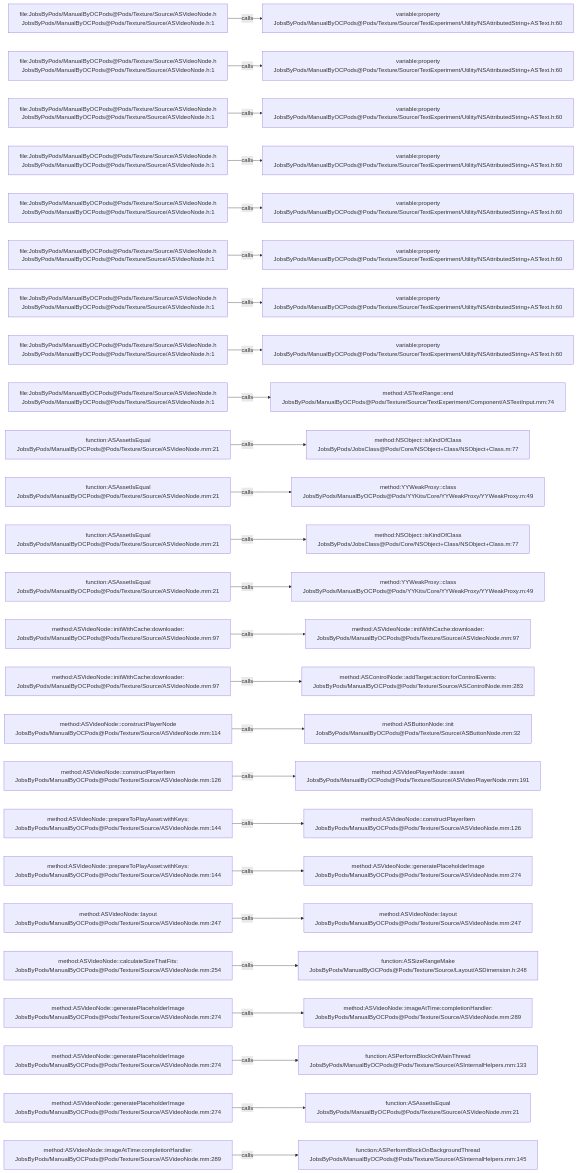
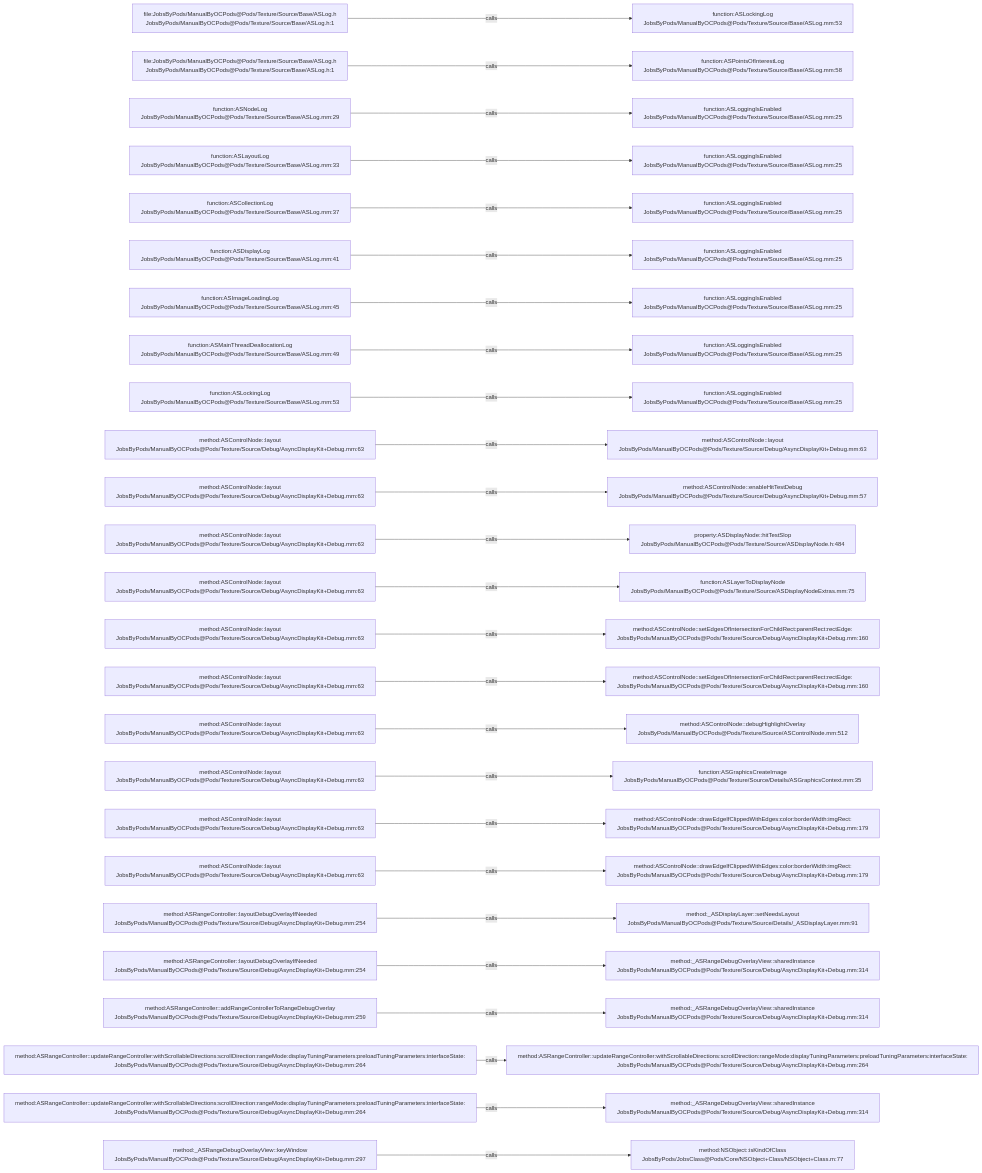
The diagram in .codegraph/codegraph.md/graphs/calls-150.md (JobsKits/JobsOCBaseConfigDemo), drawn with Mermaid before and after one commit. The commit also changed 1223 other files, not shown here.

````diff
--- a/.codegraph/codegraph.md/graphs/calls-150.md
+++ b/.codegraph/codegraph.md/graphs/calls-150.md
@@ -13,78 +13,78 @@
 ```mermaid
 flowchart LR
-  S1["file:JobsByPods/ManualByOCPods@Pods/Texture/Source/ASVideoNode.h<br/>JobsByPods/ManualByOCPods@Pods/Texture/Source/ASVideoNode.h:1"]
-  T1["variable:property<br/>JobsByPods/ManualByOCPods@Pods/Texture/Source/TextExperiment/Utility/NSAttributedString+ASText.h:60"]
+  S1["file:JobsByPods/ManualByOCPods@Pods/Texture/Source/Base/ASLog.h<br/>JobsByPods/ManualByOCPods@Pods/Texture/Source/Base/ASLog.h:1"]
+  T1["function:ASLockingLog<br/>JobsByPods/ManualByOCPods@Pods/Texture/Source/Base/ASLog.mm:53"]
   S1 -->|calls| T1
-  S2["file:JobsByPods/ManualByOCPods@Pods/Texture/Source/ASVideoNode.h<br/>JobsByPods/ManualByOCPods@Pods/Texture/Source/ASVideoNode.h:1"]
-  T2["variable:property<br/>JobsByPods/ManualByOCPods@Pods/Texture/Source/TextExperiment/Utility/NSAttributedString+ASText.h:60"]
+  S2["file:JobsByPods/ManualByOCPods@Pods/Texture/Source/Base/ASLog.h<br/>JobsByPods/ManualByOCPods@Pods/Texture/Source/Base/ASLog.h:1"]
+  T2["function:ASPointsOfInterestLog<br/>JobsByPods/ManualByOCPods@Pods/Texture/Source/Base/ASLog.mm:58"]
   S2 -->|calls| T2
-  S3["file:JobsByPods/ManualByOCPods@Pods/Texture/Source/ASVideoNode.h<br/>JobsByPods/ManualByOCPods@Pods/Texture/Source/ASVideoNode.h:1"]
-  T3["variable:property<br/>JobsByPods/ManualByOCPods@Pods/Texture/Source/TextExperiment/Utility/NSAttributedString+ASText.h:60"]
+  S3["function:ASNodeLog<br/>JobsByPods/ManualByOCPods@Pods/Texture/Source/Base/ASLog.mm:29"]
+  T3["function:ASLoggingIsEnabled<br/>JobsByPods/ManualByOCPods@Pods/Texture/Source/Base/ASLog.mm:25"]
   S3 -->|calls| T3
-  S4["file:JobsByPods/ManualByOCPods@Pods/Texture/Source/ASVideoNode.h<br/>JobsByPods/ManualByOCPods@Pods/Texture/Source/ASVideoNode.h:1"]
-  T4["variable:property<br/>JobsByPods/ManualByOCPods@Pods/Texture/Source/TextExperiment/Utility/NSAttributedString+ASText.h:60"]
+  S4["function:ASLayoutLog<br/>JobsByPods/ManualByOCPods@Pods/Texture/Source/Base/ASLog.mm:33"]
+  T4["function:ASLoggingIsEnabled<br/>JobsByPods/ManualByOCPods@Pods/Texture/Source/Base/ASLog.mm:25"]
   S4 -->|calls| T4
-  S5["file:JobsByPods/ManualByOCPods@Pods/Texture/Source/ASVideoNode.h<br/>JobsByPods/ManualByOCPods@Pods/Texture/Source/ASVideoNode.h:1"]
-  T5["variable:property<br/>JobsByPods/ManualByOCPods@Pods/Texture/Source/TextExperiment/Utility/NSAttributedString+ASText.h:60"]
+  S5["function:ASCollectionLog<br/>JobsByPods/ManualByOCPods@Pods/Texture/Source/Base/ASLog.mm:37"]
+  T5["function:ASLoggingIsEnabled<br/>JobsByPods/ManualByOCPods@Pods/Texture/Source/Base/ASLog.mm:25"]
   S5 -->|calls| T5
-  S6["file:JobsByPods/ManualByOCPods@Pods/Texture/Source/ASVideoNode.h<br/>JobsByPods/ManualByOCPods@Pods/Texture/Source/ASVideoNode.h:1"]
-  T6["variable:property<br/>JobsByPods/ManualByOCPods@Pods/Texture/Source/TextExperiment/Utility/NSAttributedString+ASText.h:60"]
+  S6["function:ASDisplayLog<br/>JobsByPods/ManualByOCPods@Pods/Texture/Source/Base/ASLog.mm:41"]
+  T6["function:ASLoggingIsEnabled<br/>JobsByPods/ManualByOCPods@Pods/Texture/Source/Base/ASLog.mm:25"]
   S6 -->|calls| T6
-  S7["file:JobsByPods/ManualByOCPods@Pods/Texture/Source/ASVideoNode.h<br/>JobsByPods/ManualByOCPods@Pods/Texture/Source/ASVideoNode.h:1"]
-  T7["variable:property<br/>JobsByPods/ManualByOCPods@Pods/Texture/Source/TextExperiment/Utility/NSAttributedString+ASText.h:60"]
+  S7["function:ASImageLoadingLog<br/>JobsByPods/ManualByOCPods@Pods/Texture/Source/Base/ASLog.mm:45"]
+  T7["function:ASLoggingIsEnabled<br/>JobsByPods/ManualByOCPods@Pods/Texture/Source/Base/ASLog.mm:25"]
   S7 -->|calls| T7
-  S8["file:JobsByPods/ManualByOCPods@Pods/Texture/Source/ASVideoNode.h<br/>JobsByPods/ManualByOCPods@Pods/Texture/Source/ASVideoNode.h:1"]
-  T8["variable:property<br/>JobsByPods/ManualByOCPods@Pods/Texture/Source/TextExperiment/Utility/NSAttributedString+ASText.h:60"]
+  S8["function:ASMainThreadDeallocationLog<br/>JobsByPods/ManualByOCPods@Pods/Texture/Source/Base/ASLog.mm:49"]
+  T8["function:ASLoggingIsEnabled<br/>JobsByPods/ManualByOCPods@Pods/Texture/Source/Base/ASLog.mm:25"]
   S8 -->|calls| T8
-  S9["file:JobsByPods/ManualByOCPods@Pods/Texture/Source/ASVideoNode.h<br/>JobsByPods/ManualByOCPods@Pods/Texture/Source/ASVideoNode.h:1"]
-  T9["method:ASTextRange::end<br/>JobsByPods/ManualByOCPods@Pods/Texture/Source/TextExperiment/Component/ASTextInput.mm:74"]
+  S9["function:ASLockingLog<br/>JobsByPods/ManualByOCPods@Pods/Texture/Source/Base/ASLog.mm:53"]
+  T9["function:ASLoggingIsEnabled<br/>JobsByPods/ManualByOCPods@Pods/Texture/Source/Base/ASLog.mm:25"]
   S9 -->|calls| T9
-  S10["function:ASAssetIsEqual<br/>JobsByPods/ManualByOCPods@Pods/Texture/Source/ASVideoNode.mm:21"]
-  T10["method:NSObject::isKindOfClass<br/>JobsByPods/JobsClass@Pods/Core/NSObject+Class/NSObject+Class.m:77"]
+  S10["method:ASControlNode::layout<br/>JobsByPods/ManualByOCPods@Pods/Texture/Source/Debug/AsyncDisplayKit+Debug.mm:63"]
+  T10["method:ASControlNode::layout<br/>JobsByPods/ManualByOCPods@Pods/Texture/Source/Debug/AsyncDisplayKit+Debug.mm:63"]
   S10 -->|calls| T10
-  S11["function:ASAssetIsEqual<br/>JobsByPods/ManualByOCPods@Pods/Texture/Source/ASVideoNode.mm:21"]
-  T11["method:YYWeakProxy::class<br/>JobsByPods/ManualByOCPods@Pods/YYKits/Core/YYWeakProxy/YYWeakProxy.m:49"]
+  S11["method:ASControlNode::layout<br/>JobsByPods/ManualByOCPods@Pods/Texture/Source/Debug/AsyncDisplayKit+Debug.mm:63"]
+  T11["method:ASControlNode::enableHitTestDebug<br/>JobsByPods/ManualByOCPods@Pods/Texture/Source/Debug/AsyncDisplayKit+Debug.mm:57"]
   S11 -->|calls| T11
-  S12["function:ASAssetIsEqual<br/>JobsByPods/ManualByOCPods@Pods/Texture/Source/ASVideoNode.mm:21"]
-  T12["method:NSObject::isKindOfClass<br/>JobsByPods/JobsClass@Pods/Core/NSObject+Class/NSObject+Class.m:77"]
+  S12["method:ASControlNode::layout<br/>JobsByPods/ManualByOCPods@Pods/Texture/Source/Debug/AsyncDisplayKit+Debug.mm:63"]
+  T12["property:ASDisplayNode::hitTestSlop<br/>JobsByPods/ManualByOCPods@Pods/Texture/Source/ASDisplayNode.h:484"]
   S12 -->|calls| T12
-  S13["function:ASAssetIsEqual<br/>JobsByPods/ManualByOCPods@Pods/Texture/Source/ASVideoNode.mm:21"]
-  T13["method:YYWeakProxy::class<br/>JobsByPods/ManualByOCPods@Pods/YYKits/Core/YYWeakProxy/YYWeakProxy.m:49"]
+  S13["method:ASControlNode::layout<br/>JobsByPods/ManualByOCPods@Pods/Texture/Source/Debug/AsyncDisplayKit+Debug.mm:63"]
+  T13["function:ASLayerToDisplayNode<br/>JobsByPods/ManualByOCPods@Pods/Texture/Source/ASDisplayNodeExtras.mm:75"]
   S13 -->|calls| T13
-  S14["method:ASVideoNode::initWithCache:downloader:<br/>JobsByPods/ManualByOCPods@Pods/Texture/Source/ASVideoNode.mm:97"]
-  T14["method:ASVideoNode::initWithCache:downloader:<br/>JobsByPods/ManualByOCPods@Pods/Texture/Source/ASVideoNode.mm:97"]
+  S14["method:ASControlNode::layout<br/>JobsByPods/ManualByOCPods@Pods/Texture/Source/Debug/AsyncDisplayKit+Debug.mm:63"]
+  T14["method:ASControlNode::setEdgesOfIntersectionForChildRect:parentRect:rectEdge:<br/>JobsByPods/ManualByOCPods@Pods/Texture/Source/Debug/AsyncDisplayKit+Debug.mm:160"]
   S14 -->|calls| T14
-  S15["method:ASVideoNode::initWithCache:downloader:<br/>JobsByPods/ManualByOCPods@Pods/Texture/Source/ASVideoNode.mm:97"]
-  T15["method:ASControlNode::addTarget:action:forControlEvents:<br/>JobsByPods/ManualByOCPods@Pods/Texture/Source/ASControlNode.mm:283"]
+  S15["method:ASControlNode::layout<br/>JobsByPods/ManualByOCPods@Pods/Texture/Source/Debug/AsyncDisplayKit+Debug.mm:63"]
+  T15["method:ASControlNode::setEdgesOfIntersectionForChildRect:parentRect:rectEdge:<br/>JobsByPods/ManualByOCPods@Pods/Texture/Source/Debug/AsyncDisplayKit+Debug.mm:160"]
   S15 -->|calls| T15
-  S16["method:ASVideoNode::constructPlayerNode<br/>JobsByPods/ManualByOCPods@Pods/Texture/Source/ASVideoNode.mm:114"]
-  T16["method:ASButtonNode::init<br/>JobsByPods/ManualByOCPods@Pods/Texture/Source/ASButtonNode.mm:32"]
+  S16["method:ASControlNode::layout<br/>JobsByPods/ManualByOCPods@Pods/Texture/Source/Debug/AsyncDisplayKit+Debug.mm:63"]
+  T16["method:ASControlNode::debugHighlightOverlay<br/>JobsByPods/ManualByOCPods@Pods/Texture/Source/ASControlNode.mm:512"]
   S16 -->|calls| T16
-  S17["method:ASVideoNode::constructPlayerItem<br/>JobsByPods/ManualByOCPods@Pods/Texture/Source/ASVideoNode.mm:126"]
-  T17["method:ASVideoPlayerNode::asset<br/>JobsByPods/ManualByOCPods@Pods/Texture/Source/ASVideoPlayerNode.mm:191"]
+  S17["method:ASControlNode::layout<br/>JobsByPods/ManualByOCPods@Pods/Texture/Source/Debug/AsyncDisplayKit+Debug.mm:63"]
+  T17["function:ASGraphicsCreateImage<br/>JobsByPods/ManualByOCPods@Pods/Texture/Source/Details/ASGraphicsContext.mm:35"]
   S17 -->|calls| T17
-  S18["method:ASVideoNode::prepareToPlayAsset:withKeys:<br/>JobsByPods/ManualByOCPods@Pods/Texture/Source/ASVideoNode.mm:144"]
-  T18["method:ASVideoNode::constructPlayerItem<br/>JobsByPods/ManualByOCPods@Pods/Texture/Source/ASVideoNode.mm:126"]
+  S18["method:ASControlNode::layout<br/>JobsByPods/ManualByOCPods@Pods/Texture/Source/Debug/AsyncDisplayKit+Debug.mm:63"]
+  T18["method:ASControlNode::drawEdgeIfClippedWithEdges:color:borderWidth:imgRect:<br/>JobsByPods/ManualByOCPods@Pods/Texture/Source/Debug/AsyncDisplayKit+Debug.mm:179"]
   S18 -->|calls| T18
-  S19["method:ASVideoNode::prepareToPlayAsset:withKeys:<br/>JobsByPods/ManualByOCPods@Pods/Texture/Source/ASVideoNode.mm:144"]
-  T19["method:ASVideoNode::generatePlaceholderImage<br/>JobsByPods/ManualByOCPods@Pods/Texture/Source/ASVideoNode.mm:274"]
+  S19["method:ASControlNode::layout<br/>JobsByPods/ManualByOCPods@Pods/Texture/Source/Debug/AsyncDisplayKit+Debug.mm:63"]
+  T19["method:ASControlNode::drawEdgeIfClippedWithEdges:color:borderWidth:imgRect:<br/>JobsByPods/ManualByOCPods@Pods/Texture/Source/Debug/AsyncDisplayKit+Debug.mm:179"]
   S19 -->|calls| T19
-  S20["method:ASVideoNode::layout<br/>JobsByPods/ManualByOCPods@Pods/Texture/Source/ASVideoNode.mm:247"]
-  T20["method:ASVideoNode::layout<br/>JobsByPods/ManualByOCPods@Pods/Texture/Source/ASVideoNode.mm:247"]
+  S20["method:ASRangeController::layoutDebugOverlayIfNeeded<br/>JobsByPods/ManualByOCPods@Pods/Texture/Source/Debug/AsyncDisplayKit+Debug.mm:254"]
+  T20["method:_ASDisplayLayer::setNeedsLayout<br/>JobsByPods/ManualByOCPods@Pods/Texture/Source/Details/_ASDisplayLayer.mm:91"]
   S20 -->|calls| T20
-  S21["method:ASVideoNode::calculateSizeThatFits:<br/>JobsByPods/ManualByOCPods@Pods/Texture/Source/ASVideoNode.mm:254"]
-  T21["function:ASSizeRangeMake<br/>JobsByPods/ManualByOCPods@Pods/Texture/Source/Layout/ASDimension.h:248"]
+  S21["method:ASRangeController::layoutDebugOverlayIfNeeded<br/>JobsByPods/ManualByOCPods@Pods/Texture/Source/Debug/AsyncDisplayKit+Debug.mm:254"]
+  T21["method:_ASRangeDebugOverlayView::sharedInstance<br/>JobsByPods/ManualByOCPods@Pods/Texture/Source/Debug/AsyncDisplayKit+Debug.mm:314"]
   S21 -->|calls| T21
-  S22["method:ASVideoNode::generatePlaceholderImage<br/>JobsByPods/ManualByOCPods@Pods/Texture/Source/ASVideoNode.mm:274"]
-  T22["method:ASVideoNode::imageAtTime:completionHandler:<br/>JobsByPods/ManualByOCPods@Pods/Texture/Source/ASVideoNode.mm:289"]
+  S22["method:ASRangeController::addRangeControllerToRangeDebugOverlay<br/>JobsByPods/ManualByOCPods@Pods/Texture/Source/Debug/AsyncDisplayKit+Debug.mm:259"]
+  T22["method:_ASRangeDebugOverlayView::sharedInstance<br/>JobsByPods/ManualByOCPods@Pods/Texture/Source/Debug/AsyncDisplayKit+Debug.mm:314"]
   S22 -->|calls| T22
-  S23["method:ASVideoNode::generatePlaceholderImage<br/>JobsByPods/ManualByOCPods@Pods/Texture/Source/ASVideoNode.mm:274"]
-  T23["function:ASPerformBlockOnMainThread<br/>JobsByPods/ManualByOCPods@Pods/Texture/Source/ASInternalHelpers.mm:133"]
+  S23["method:ASRangeController::updateRangeController:withScrollableDirections:scrollDirection:rangeMode:displayTuningParameters:preloadTuningParameters:interfaceState:<br/>JobsByPods/ManualByOCPods@Pods/Texture/Source/Debug/AsyncDisplayKit+Debug.mm:264"]
+  T23["method:ASRangeController::updateRangeController:withScrollableDirections:scrollDirection:rangeMode:displayTuningParameters:preloadTuningParameters:interfaceState:<br/>JobsByPods/ManualByOCPods@Pods/Texture/Source/Debug/AsyncDisplayKit+Debug.mm:264"]
   S23 -->|calls| T23
-  S24["method:ASVideoNode::generatePlaceholderImage<br/>JobsByPods/ManualByOCPods@Pods/Texture/Source/ASVideoNode.mm:274"]
-  T24["function:ASAssetIsEqual<br/>JobsByPods/ManualByOCPods@Pods/Texture/Source/ASVideoNode.mm:21"]
+  S24["method:ASRangeController::updateRangeController:withScrollableDirections:scrollDirection:rangeMode:displayTuningParameters:preloadTuningParameters:interfaceState:<br/>JobsByPods/ManualByOCPods@Pods/Texture/Source/Debug/AsyncDisplayKit+Debug.mm:264"]
+  T24["method:_ASRangeDebugOverlayView::sharedInstance<br/>JobsByPods/ManualByOCPods@Pods/Texture/Source/Debug/AsyncDisplayKit+Debug.mm:314"]
   S24 -->|calls| T24
-  S25["method:ASVideoNode::imageAtTime:completionHandler:<br/>JobsByPods/ManualByOCPods@Pods/Texture/Source/ASVideoNode.mm:289"]
-  T25["function:ASPerformBlockOnBackgroundThread<br/>JobsByPods/ManualByOCPods@Pods/Texture/Source/ASInternalHelpers.mm:145"]
+  S25["method:_ASRangeDebugOverlayView::keyWindow<br/>JobsByPods/ManualByOCPods@Pods/Texture/Source/Debug/AsyncDisplayKit+Debug.mm:297"]
+  T25["method:NSObject::isKindOfClass<br/>JobsByPods/JobsClass@Pods/Core/NSObject+Class/NSObject+Class.m:77"]
   S25 -->|calls| T25
 ```
````
